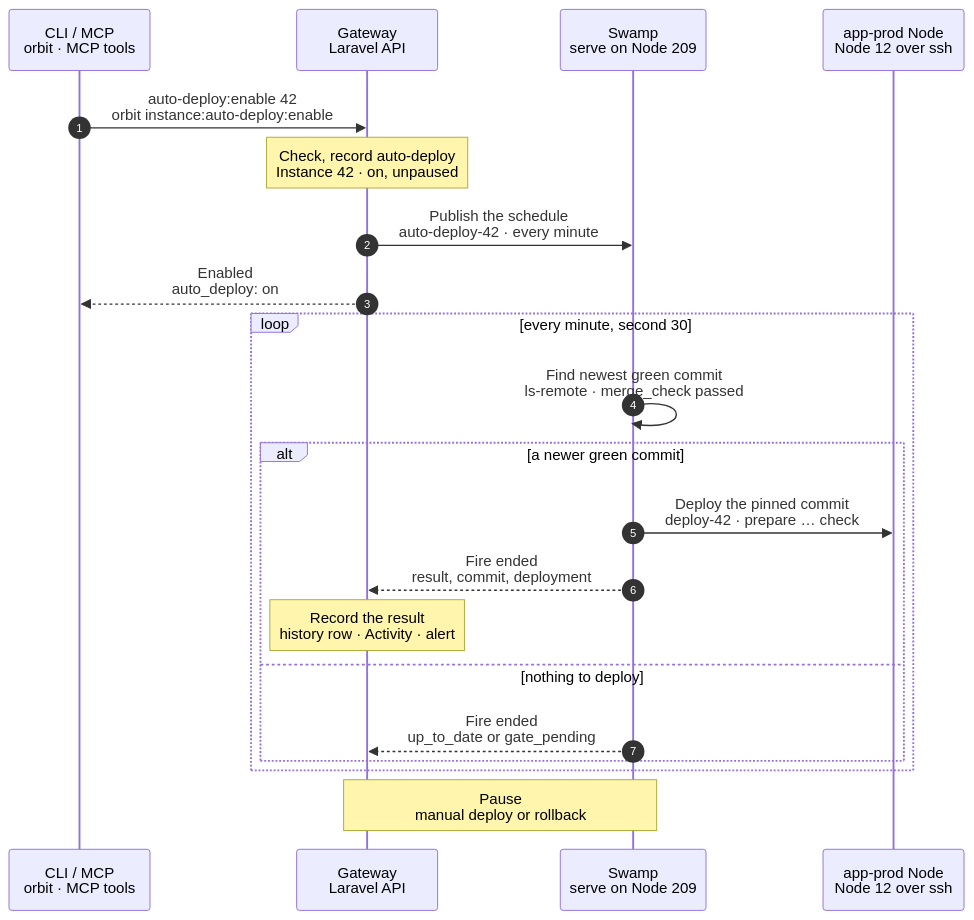
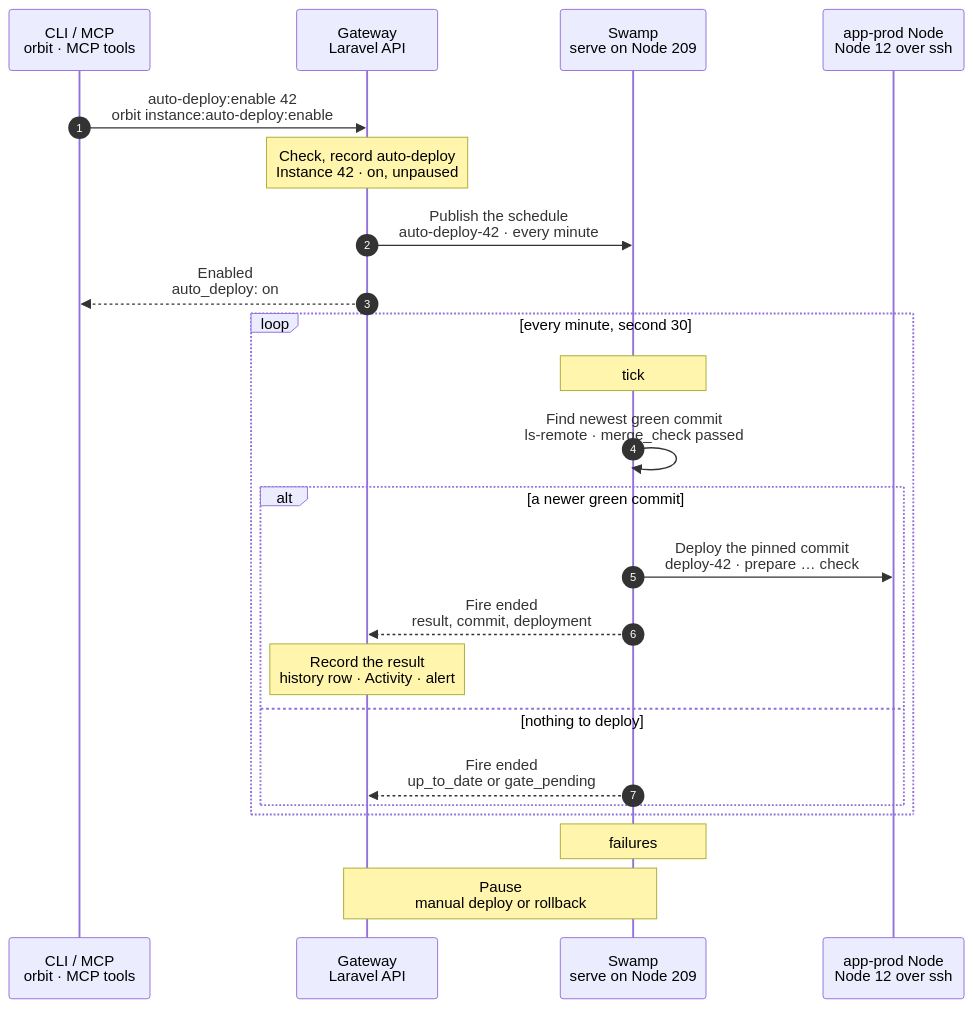
One commit to hardimpactdev/orbit changed the diagram in docs/cli/instance/auto-deploy.mmd. Above: the diagram before and after it, drawn with Mermaid. The commit also changed 11 other files, not shown here.

First line of the commit message:
refactor(deployments): capture scheduled policy events from their producer

```diff
--- a/docs/cli/instance/auto-deploy.mmd
+++ b/docs/cli/instance/auto-deploy.mmd
@@ -1,86 +1,94 @@
 sequenceDiagram
   %% Target design: DECISIONS 3 (automatic deploy = Gateway-published native schedule, no POST back), R1-R2, ADR 0244, behavior names by target. Replaces instance.policy_event. docs/reference/deployments.md#automatic-deployments.
   %% Tightened: flow-tighten 2026-11-02, rules 3, 5 (no per-minute Node read: the schedule inputs carry the deployed commit, and the Gateway republishes them on each deploy).
   %% status: reviewed
   %% command: instance:auto-deploy:enable · Automatic deploys
   %% kind: instance.auto_deploy
   autonumber
   %% lane CLI icon=terminal pill=caller tone=gray
   %% lane GW icon=gateway pill=intent tone=blue
   %% lane SW icon=workflow pill=executes tone=green
   %% lane N icon=server pill=target tone=amber
   participant CLI as CLI / MCP<br/>orbit · MCP tools
   participant GW as Gateway<br/>Laravel API
   participant SW as Swamp<br/>serve on Node 209
   participant N as app-prod Node<br/>Node 12 over ssh
   CLI->>GW: auto-deploy:enable 42<br/>orbit instance:auto-deploy:enable
   %%> Command:
   %%> - `orbit instance:auto-deploy:enable 42`
   %%> - syntax: `<instance>`; `instance:auto-deploy:disable <instance>` turns it off
   %%> What it does:
   %%> - turns automatic deployment on for production Instance 42
   %%> - also resumes an Instance that a manual deploy or rollback paused
   %%> Not included:
   %%> - deploys nothing now and changes nothing on the Node
   %%> Typical use:
   %%> - a production Instance follows `main`: merge a PR, CI turns green, the next fire deploys it
   Note over GW: Check, record auto-deploy<br/>Instance 42 · on, unpaused
   %%> Requirements:
   %%> - your Node has an access grant to Node 12
   %%> - Instance 42 is an active production Instance and has one succeeded deployment
   %%> - when the Project has a `merge_check`, the GitHub App can read its check runs
   %%> Result:
   %%> - auto-deploy recorded as on and unpaused
   GW->>SW: Publish the schedule<br/>auto-deploy-42 · every minute
   %%> What it does:
   %%> - publishes one native Swamp schedule for Instance 42
   %%> Inputs:
   %%> - branch, `merge_check`, blocked commits, retry times
   %%> - the deployed commit; the Gateway republishes the inputs after each deploy or rollback
   %%> - vault key names for the read token; the Gateway keeps the token fresh in the vault
   %%> Why:
   %%> - the run has everything it needs; it never calls the Gateway
   GW-->>CLI: Enabled<br/>auto_deploy: on
   %%> What you get:
   %%> - the Instance with auto-deploy on, at once
   %%> - no task: publishing the schedule is part of the command
   loop every minute, second 30
+    Note over SW: tick
+    %%> Native policy producer:
+    %%> - the retained fleet policy selects work and produces the complete event receipt
     SW->>SW: Find newest green commit<br/>ls-remote · merge_check passed
     %%> What it does:
     %%> - reads the branch head with `git ls-remote`
     %%> - walks first-parent history to the newest commit whose `merge_check` passed
     %%> - skips blocked commits and commits whose retry isn't due
     %%> Not included:
     %%> - never deploys a red or pending commit
     %%> - compares with the deployed commit from the inputs; no SSH to the production Node each minute
     alt a newer green commit
       SW->>N: Deploy the pinned commit<br/>deploy-42 · prepare … check
       %%> What it does:
       %%> - the same steps as `instance:deploy`, pinned to the commit
       %%> - behavior `deploy-42`: one lock per Instance, so a manual deploy and a fire never overlap
       SW-->>GW: Fire ended<br/>result, commit, deployment
       %%> Returns:
       %%> - the result (`started`, `failed`, `gate_failed`, …), the commit and the deployment outputs
       Note over GW: Record the result<br/>history row · Activity · alert
       %%> Result:
       %%> - a deployment history row with origin `automatic`
       %%> - one Activity entry `auto_deploy.<result>` when the result changes
       %%> - a release alert for a failed deploy, a stalled commit or a pause
       %%> On failure:
       %%> - the commit is blocked, or gets a retry time (10, then 20 minutes)
       %%> - the Gateway republishes the schedule with the new inputs
     else nothing to deploy
       SW-->>GW: Fire ended<br/>up_to_date or gate_pending
       %%> Result:
       %%> - the Gateway updates the last result shown by `instance:show`
       %%> - no history row, no Activity entry
     end
   end
+  Note over SW: failures
+  %%> Native end check:
+  %%> - the policy producer records zero failures on success
+  %%> - the Gateway captures its full fire_json in the same terminal history read, including events from a failed fire
+  %%> - no reporting shell forwards or prints the receipt
   Note over GW,SW: Pause<br/>manual deploy or rollback
   %%> What it does:
   %%> - a manual `instance:deploy` or `instance:rollback` pauses auto-deploy
   %%> - the Gateway removes the schedule's trigger; no fire runs
   %%> Resume:
   %%> - `orbit instance:auto-deploy:enable 42` publishes it again
   %%> Disable:
   %%> - `orbit instance:auto-deploy:disable 42` removes the schedule
```
